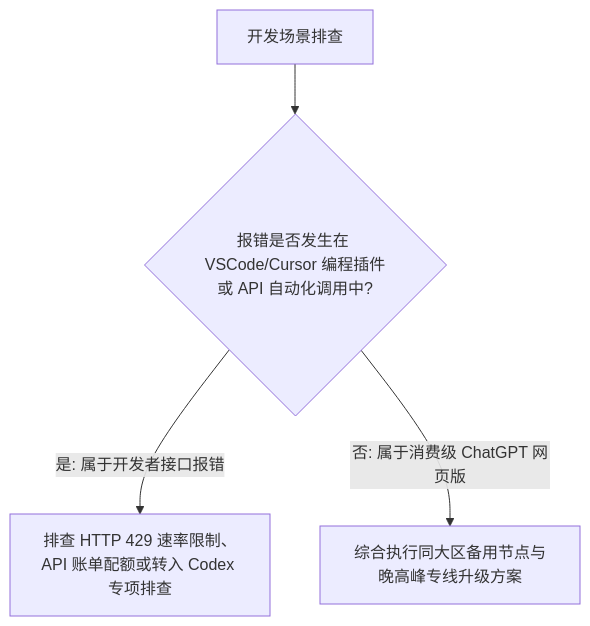
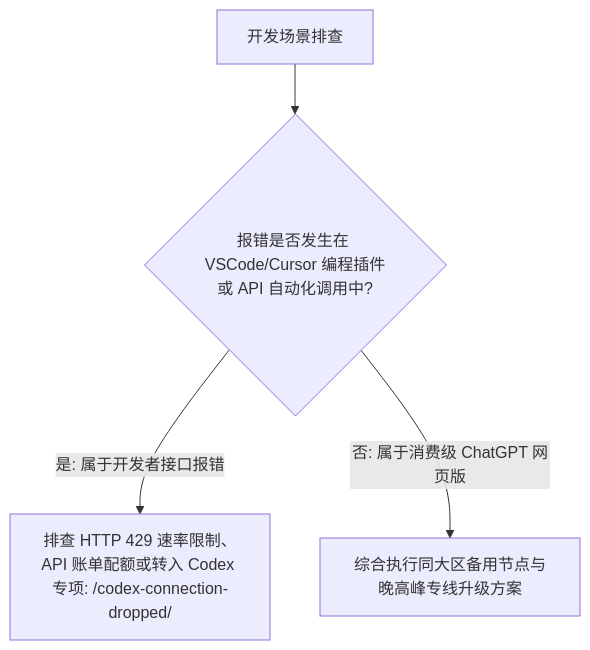
Before and after one commit to qweqwe98698-tech/jichangtizi.net: diagram 22 of 22 in src/content/blog/chatgpt-network-error.md, drawn with Mermaid. The commit also changed other lines of this file and 5 other files, not shown here.

Commit message:
feat(seo): add Codex Long Connection Failure Troubleshooting Pillar (/codex-connection-dropped/) with 100 FAQs and full developer diagnostics

````diff
--- a/src/content/blog/chatgpt-network-error.md
+++ b/src/content/blog/chatgpt-network-error.md
@@ -407,6 +407,6 @@
 ```mermaid
 graph TD
     D14_Start[开发场景排查] --> D14_Check{报错是否发生在 VSCode/Cursor 编程插件或 API 自动化调用中?}
-    D14_Check -- 是: 属于开发者接口报错 --> D14_Action1[排查 HTTP 429 速率限制、API 账单配额或转入 Codex 专项排查]
+    D14_Check -- 是: 属于开发者接口报错 --> D14_Action1["排查 HTTP 429 速率限制、API 账单配额或转入 Codex 专项: /codex-connection-dropped/"]
     D14_Check -- 否: 属于消费级 ChatGPT 网页版 --> D14_Action2[综合执行同大区备用节点与晚高峰专线升级方案]
 ```
````
